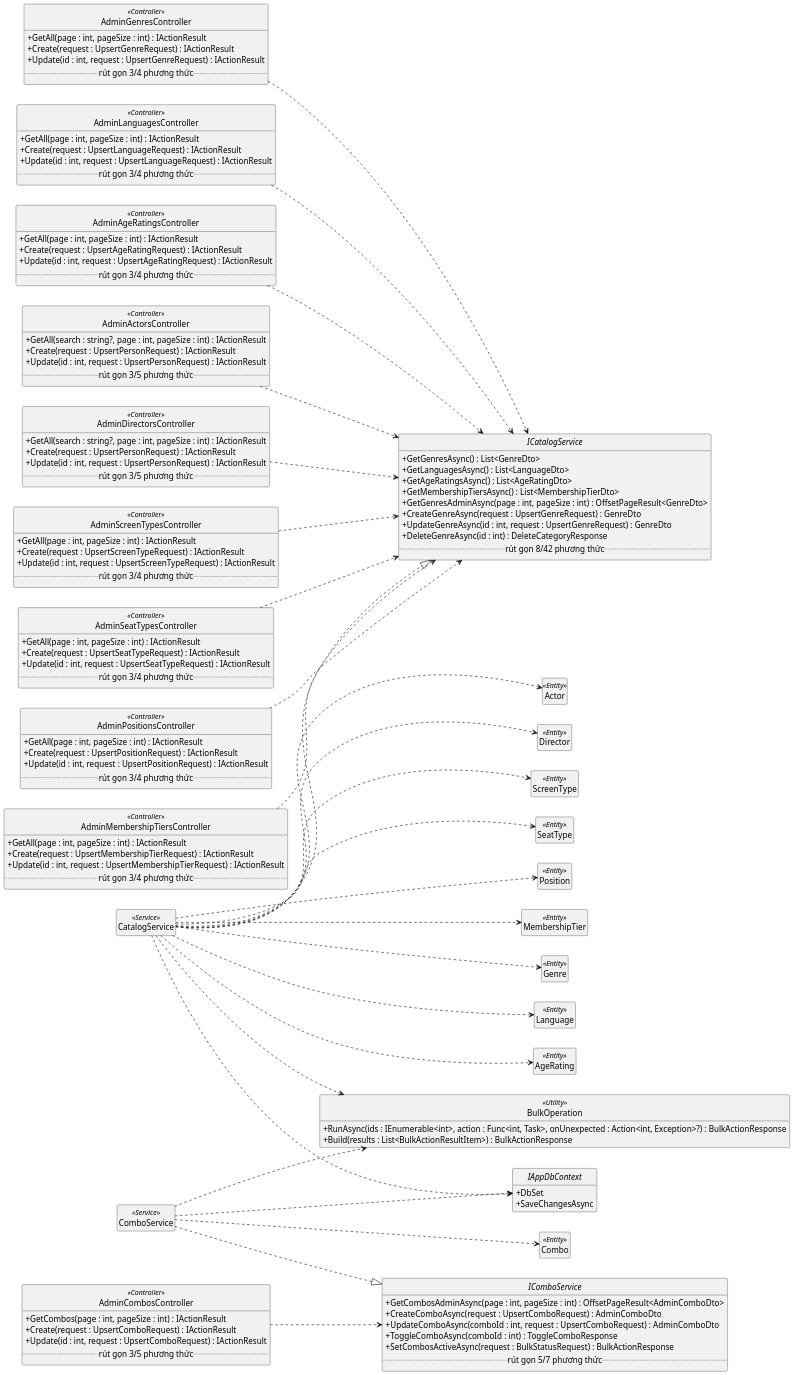
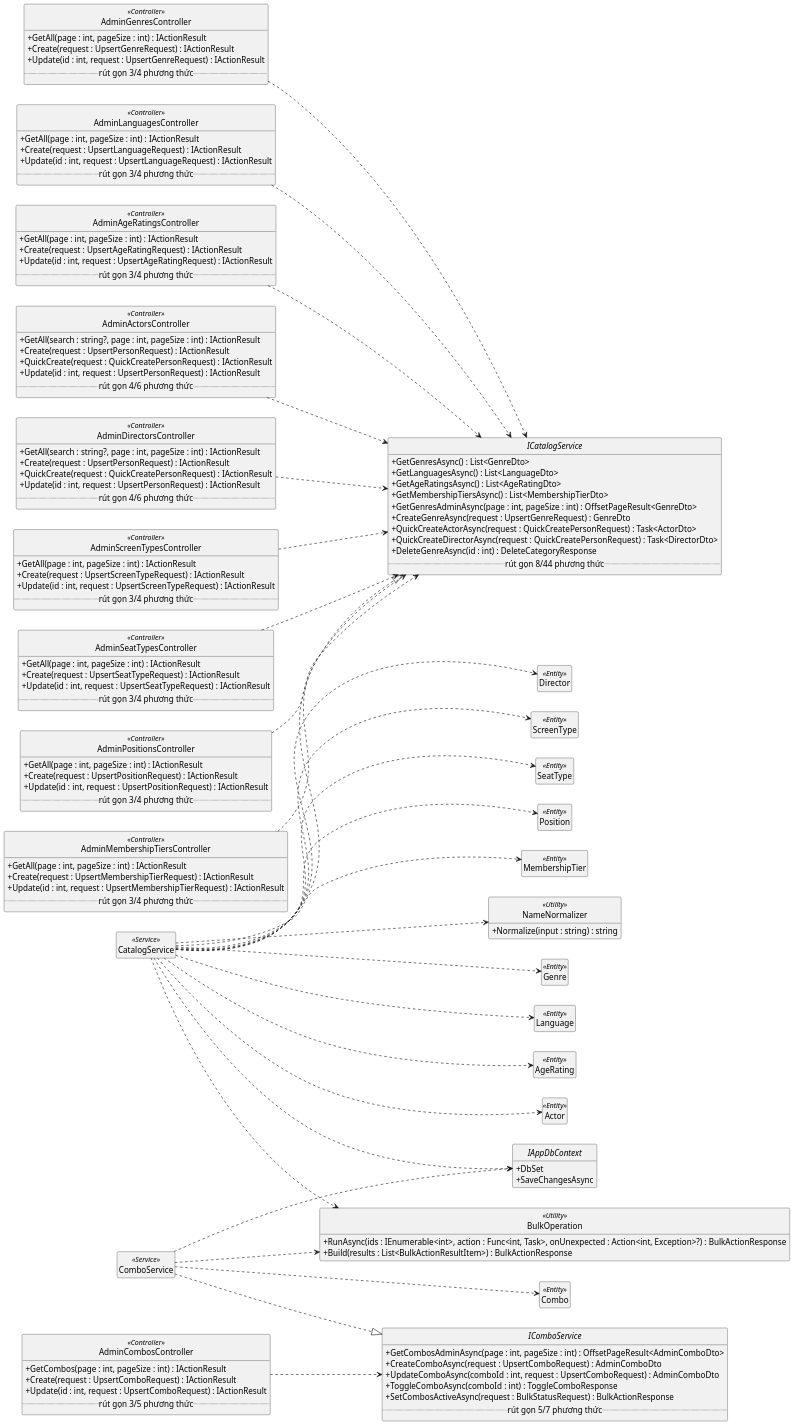
One commit to nguyenhiennnnn/cinema-v2 changed the diagram in docs/so-do/plantuml/hinh-4-16.puml. Above: the diagram before and after it, drawn with PlantUML. The commit also changed 24 other files, not shown here.

```diff
--- a/docs/so-do/plantuml/hinh-4-16.puml
+++ b/docs/so-do/plantuml/hinh-4-16.puml
@@ -1,137 +1,157 @@
 @startuml
 skinparam monochrome true
 skinparam shadowing false
 skinparam defaultFontName "Times New Roman"
 skinparam classAttributeIconSize 0
 skinparam dpi 150
 skinparam nodesep 35
 skinparam ranksep 55
 left to right direction
 hide circle
 hide empty members
+
 class AdminGenresController <<Controller>> {
   +GetAll(page : int, pageSize : int) : IActionResult
   +Create(request : UpsertGenreRequest) : IActionResult
   +Update(id : int, request : UpsertGenreRequest) : IActionResult
   .. rút gọn 3/4 phương thức ..
 }
 class AdminLanguagesController <<Controller>> {
   +GetAll(page : int, pageSize : int) : IActionResult
   +Create(request : UpsertLanguageRequest) : IActionResult
   +Update(id : int, request : UpsertLanguageRequest) : IActionResult
   .. rút gọn 3/4 phương thức ..
 }
 class AdminAgeRatingsController <<Controller>> {
   +GetAll(page : int, pageSize : int) : IActionResult
   +Create(request : UpsertAgeRatingRequest) : IActionResult
   +Update(id : int, request : UpsertAgeRatingRequest) : IActionResult
   .. rút gọn 3/4 phương thức ..
 }
 class AdminActorsController <<Controller>> {
   +GetAll(search : string?, page : int, pageSize : int) : IActionResult
   +Create(request : UpsertPersonRequest) : IActionResult
+  +QuickCreate(request : QuickCreatePersonRequest) : IActionResult
   +Update(id : int, request : UpsertPersonRequest) : IActionResult
-  .. rút gọn 3/5 phương thức ..
+  .. rút gọn 4/6 phương thức ..
 }
 class AdminDirectorsController <<Controller>> {
   +GetAll(search : string?, page : int, pageSize : int) : IActionResult
   +Create(request : UpsertPersonRequest) : IActionResult
+  +QuickCreate(request : QuickCreatePersonRequest) : IActionResult
   +Update(id : int, request : UpsertPersonRequest) : IActionResult
-  .. rút gọn 3/5 phương thức ..
+  .. rút gọn 4/6 phương thức ..
 }
 class AdminScreenTypesController <<Controller>> {
   +GetAll(page : int, pageSize : int) : IActionResult
   +Create(request : UpsertScreenTypeRequest) : IActionResult
   +Update(id : int, request : UpsertScreenTypeRequest) : IActionResult
   .. rút gọn 3/4 phương thức ..
 }
 class AdminSeatTypesController <<Controller>> {
   +GetAll(page : int, pageSize : int) : IActionResult
   +Create(request : UpsertSeatTypeRequest) : IActionResult
   +Update(id : int, request : UpsertSeatTypeRequest) : IActionResult
   .. rút gọn 3/4 phương thức ..
 }
 class AdminPositionsController <<Controller>> {
   +GetAll(page : int, pageSize : int) : IActionResult
   +Create(request : UpsertPositionRequest) : IActionResult
   +Update(id : int, request : UpsertPositionRequest) : IActionResult
   .. rút gọn 3/4 phương thức ..
 }
 class AdminMembershipTiersController <<Controller>> {
   +GetAll(page : int, pageSize : int) : IActionResult
   +Create(request : UpsertMembershipTierRequest) : IActionResult
   +Update(id : int, request : UpsertMembershipTierRequest) : IActionResult
   .. rút gọn 3/4 phương thức ..
 }
 class AdminCombosController <<Controller>> {
   +GetCombos(page : int, pageSize : int) : IActionResult
   +Create(request : UpsertComboRequest) : IActionResult
   +Update(id : int, request : UpsertComboRequest) : IActionResult
   .. rút gọn 3/5 phương thức ..
 }
+
 interface ICatalogService {
   +GetGenresAsync() : List<GenreDto>
   +GetLanguagesAsync() : List<LanguageDto>
   +GetAgeRatingsAsync() : List<AgeRatingDto>
   +GetMembershipTiersAsync() : List<MembershipTierDto>
   +GetGenresAdminAsync(page : int, pageSize : int) : OffsetPageResult<GenreDto>
   +CreateGenreAsync(request : UpsertGenreRequest) : GenreDto
-  +UpdateGenreAsync(id : int, request : UpsertGenreRequest) : GenreDto
+  +QuickCreateActorAsync(request : QuickCreatePersonRequest) : Task<ActorDto>
+  +QuickCreateDirectorAsync(request : QuickCreatePersonRequest) : Task<DirectorDto>
   +DeleteGenreAsync(id : int) : DeleteCategoryResponse
-  .. rút gọn 8/42 phương thức ..
+  .. rút gọn 8/44 phương thức ..
 }
+
 interface IComboService {
   +GetCombosAdminAsync(page : int, pageSize : int) : OffsetPageResult<AdminComboDto>
   +CreateComboAsync(request : UpsertComboRequest) : AdminComboDto
   +UpdateComboAsync(comboId : int, request : UpsertComboRequest) : AdminComboDto
   +ToggleComboAsync(comboId : int) : ToggleComboResponse
   +SetCombosActiveAsync(request : BulkStatusRequest) : BulkActionResponse
   .. rút gọn 5/7 phương thức ..
 }
+
 class CatalogService <<Service>>
 class ComboService <<Service>>
+
+class NameNormalizer <<Utility>> {
+  +Normalize(input : string) : string
+}
+
 class BulkOperation <<Utility>> {
   +RunAsync(ids : IEnumerable<int>, action : Func<int, Task>, onUnexpected : Action<int, Exception>?) : BulkActionResponse
   +Build(results : List<BulkActionResultItem>) : BulkActionResponse
 }
+
 interface IAppDbContext {
   +DbSet
   +SaveChangesAsync
 }
+
 class Genre <<Entity>>
 class Language <<Entity>>
 class AgeRating <<Entity>>
 class Actor <<Entity>>
 class Director <<Entity>>
 class ScreenType <<Entity>>
 class SeatType <<Entity>>
 class Position <<Entity>>
 class MembershipTier <<Entity>>
 class Combo <<Entity>>
+
 AdminGenresController ..> ICatalogService
 AdminLanguagesController ..> ICatalogService
 AdminAgeRatingsController ..> ICatalogService
 AdminActorsController ..> ICatalogService
 AdminDirectorsController ..> ICatalogService
 AdminScreenTypesController ..> ICatalogService
 AdminSeatTypesController ..> ICatalogService
 AdminPositionsController ..> ICatalogService
 AdminMembershipTiersController ..> ICatalogService
 AdminCombosController ..> IComboService
+
 CatalogService ..|> ICatalogService
 ComboService ..|> IComboService
+
+CatalogService ..> NameNormalizer
 CatalogService ..> BulkOperation
 CatalogService ..> Genre
 CatalogService ..> Language
 CatalogService ..> AgeRating
 CatalogService ..> Actor
 CatalogService ..> Director
 CatalogService ..> ScreenType
 CatalogService ..> SeatType
 CatalogService ..> Position
 CatalogService ..> MembershipTier
+
 ComboService ..> BulkOperation
 ComboService ..> Combo
+
 CatalogService ..> IAppDbContext
 ComboService ..> IAppDbContext
 @enduml
```
